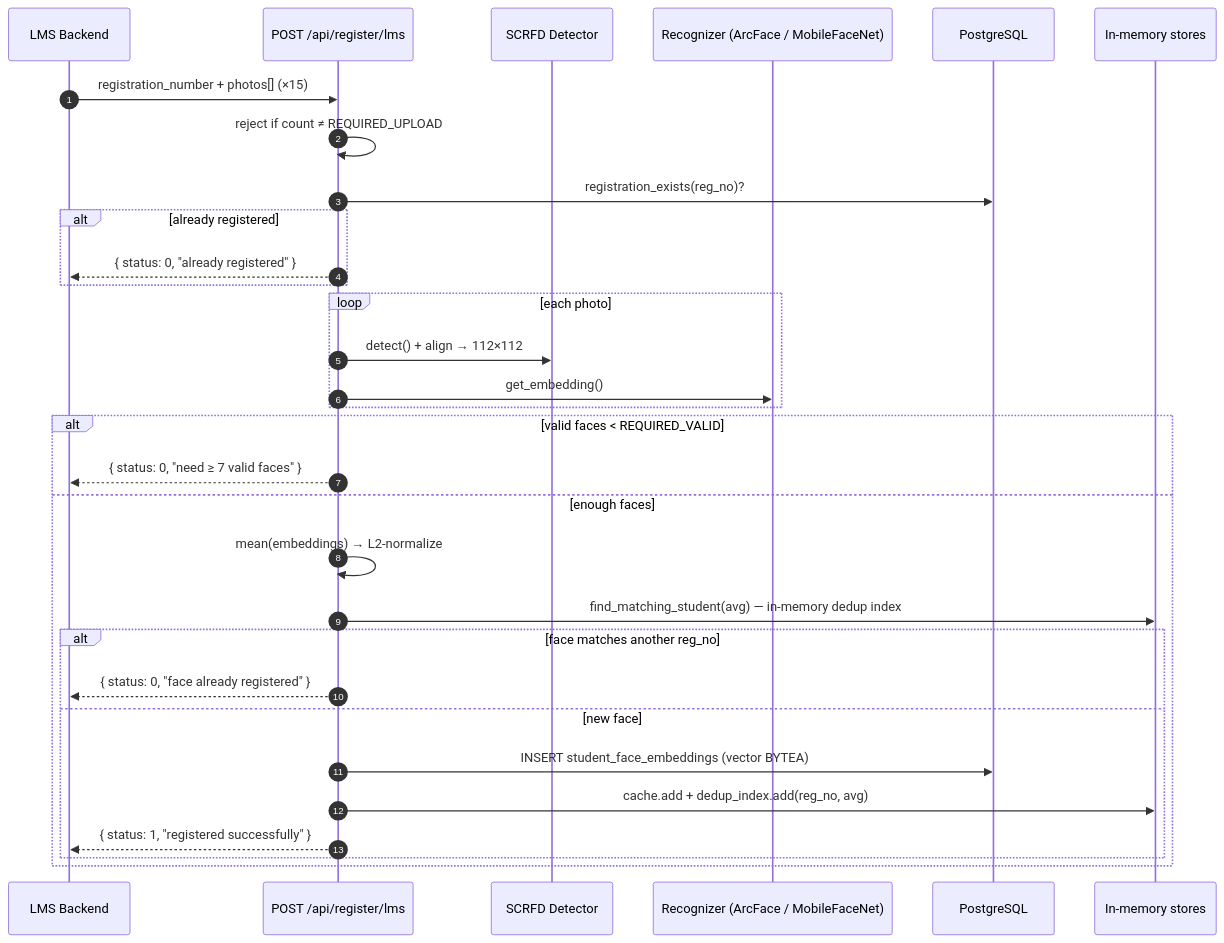
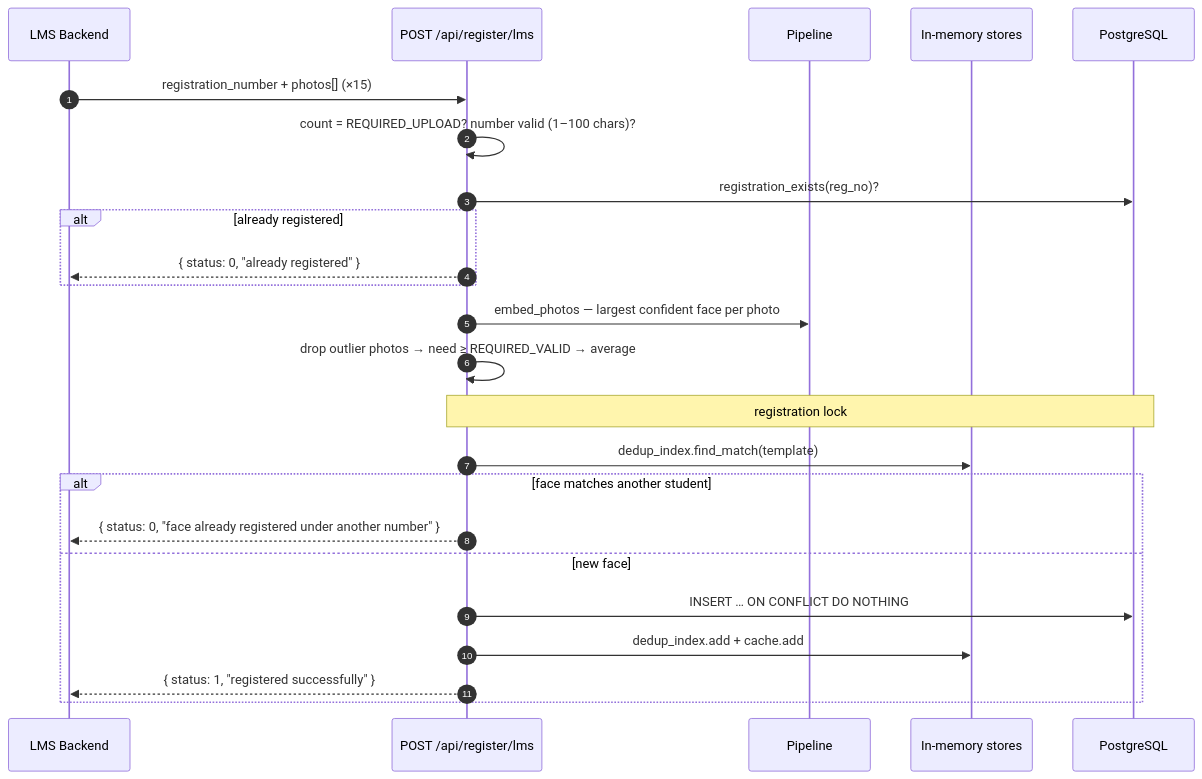
Before and after one commit to AI-SATA-Technologies/AI-Pipeline-Engineer: the second of 4 diagrams in README.md, drawn with Mermaid. The commit also changed other lines of this file and 34 other files, not shown here.

````diff
--- a/README.md
+++ b/README.md
@@ -146,34 +168,27 @@
 ```mermaid
 sequenceDiagram
     autonumber
     participant U as LMS Backend
     participant API as POST /api/register/lms
-    participant DET as SCRFD Detector
-    participant REC as Recognizer (ArcFace / MobileFaceNet)
+    participant P as Pipeline
+    participant C as In-memory stores
     participant DB as PostgreSQL
-    participant C as In-memory stores
 
     U->>API: registration_number + photos[] (×15)
-    API->>API: reject if count ≠ REQUIRED_UPLOAD
+    API->>API: count = REQUIRED_UPLOAD? number valid (1–100 chars)?
     API->>DB: registration_exists(reg_no)?
     alt already registered
         API-->>U: { status: 0, "already registered" }
     end
-    loop each photo
-        API->>DET: detect() + align → 112×112
-        API->>REC: get_embedding()
-    end
-    alt valid faces < REQUIRED_VALID
-        API-->>U: { status: 0, "need ≥ 7 valid faces" }
-    else enough faces
-        API->>API: mean(embeddings) → L2-normalize
-        API->>C: find_matching_student(avg) — in-memory dedup index
-        alt face matches another reg_no
-            API-->>U: { status: 0, "face already registered" }
-        else new face
-            API->>DB: INSERT student_face_embeddings (vector BYTEA)
-            API->>C: cache.add + dedup_index.add(reg_no, avg)
-            API-->>U: { status: 1, "registered successfully" }
-        end
+    API->>P: embed_photos — largest confident face per photo
+    API->>API: drop outlier photos → need ≥ REQUIRED_VALID → average
+    Note over API,DB: registration lock
+    API->>C: dedup_index.find_match(template)
+    alt face matches another student
+        API-->>U: { status: 0, "face already registered under another number" }
+    else new face
+        API->>DB: INSERT … ON CONFLICT DO NOTHING
+        API->>C: dedup_index.add + cache.add
+        API-->>U: { status: 1, "registered successfully" }
     end
 ```
````
